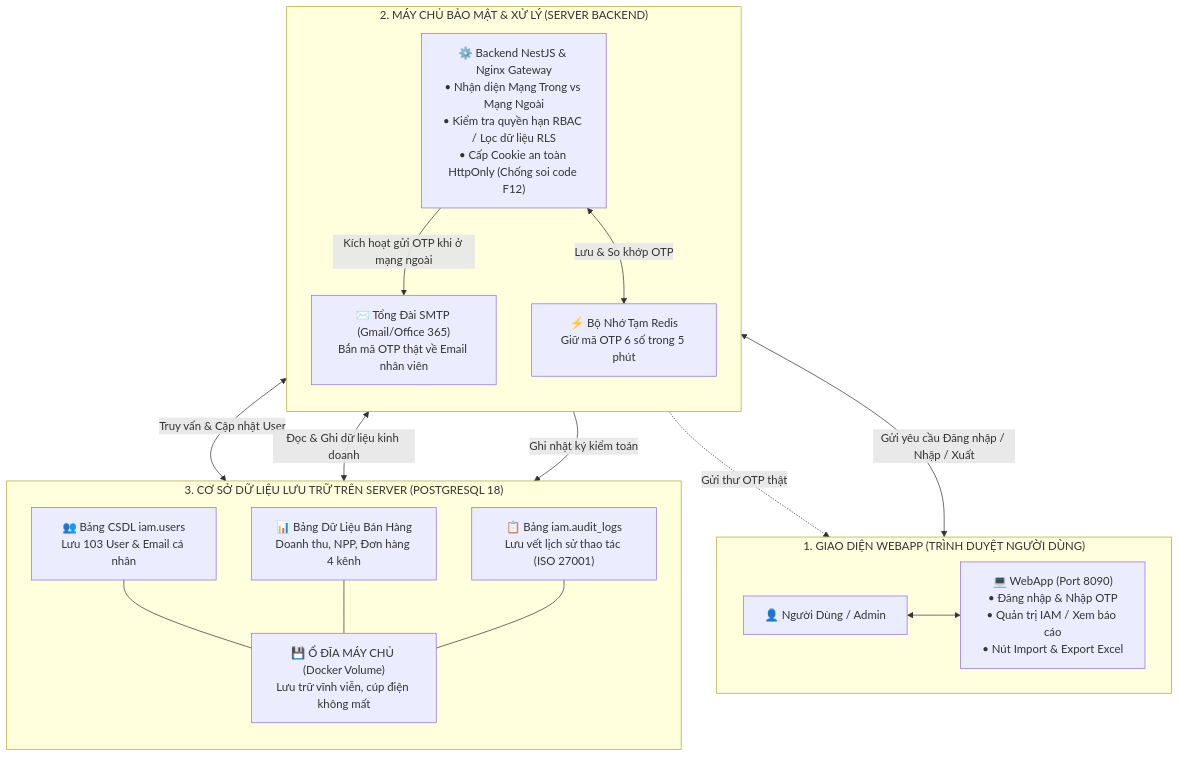
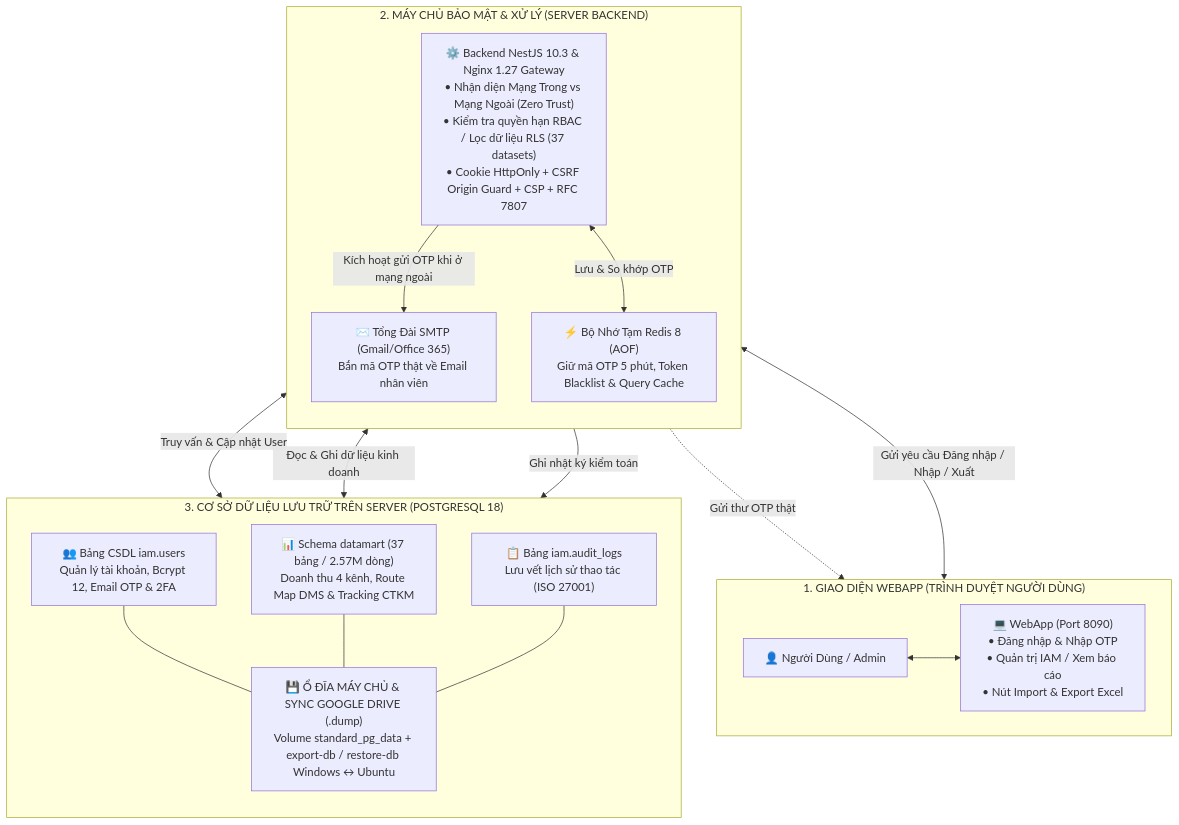
The second of 2 diagrams in docs/SECURITY_ARCHITECTURE.md (hailp1/BI_SNS), drawn with Mermaid before and after one commit. The commit also changed other lines of this file and 58 other files, not shown here.

````diff
--- a/docs/SECURITY_ARCHITECTURE.md
+++ b/docs/SECURITY_ARCHITECTURE.md
@@ -51,33 +51,33 @@
 ```mermaid
 flowchart TD
     subgraph KHOI1["1. GIAO DIỆN WEBAPP (TRÌNH DUYỆT NGƯỜI DÙNG)"]
         direction LR
         U["👤 Người Dùng / Admin"] <--> W["💻 WebApp (Port 8090)<br/>• Đăng nhập & Nhập OTP<br/>• Quản trị IAM / Xem báo cáo<br/>• Nút Import & Export Excel"]
     end
 
     subgraph KHOI2["2. MÁY CHỦ BẢO MẬT & XỬ LÝ (SERVER BACKEND)"]
         direction TB
-        B["⚙️ Backend NestJS & Nginx Gateway<br/>• Nhận diện Mạng Trong vs Mạng Ngoài<br/>• Kiểm tra quyền hạn RBAC / Lọc dữ liệu RLS<br/>• Cấp Cookie an toàn HttpOnly (Chống soi code F12)"]
+        B["⚙️ Backend NestJS 10.3 & Nginx 1.27 Gateway<br/>• Nhận diện Mạng Trong vs Mạng Ngoài (Zero Trust)<br/>• Kiểm tra quyền hạn RBAC / Lọc dữ liệu RLS (37 datasets)<br/>• Cookie HttpOnly + CSRF Origin Guard + CSP + RFC 7807"]
         M["✉️ Tổng Đài SMTP (Gmail/Office 365)<br/>Bắn mã OTP thật về Email nhân viên"]
-        R["⚡ Bộ Nhớ Tạm Redis<br/>Giữ mã OTP 6 số trong 5 phút"]
+        R["⚡ Bộ Nhớ Tạm Redis 8 (AOF)<br/>Giữ mã OTP 5 phút, Token Blacklist & Query Cache"]
     end
 
     subgraph KHOI3["3. CƠ SỞ DỮ LIỆU LƯU TRỮ TRÊN SERVER (POSTGRESQL 18)"]
         direction TB
-        DU["👥 Bảng CSDL iam.users<br/>Lưu 103 User & Email cá nhân"]
-        DD["📊 Bảng Dữ Liệu Bán Hàng<br/>Doanh thu, NPP, Đơn hàng 4 kênh"]
+        DU["👥 Bảng CSDL iam.users<br/>Quản lý tài khoản, Bcrypt 12, Email OTP & 2FA"]
+        DD["📊 Schema datamart (37 bảng / 2.57M dòng)<br/>Doanh thu 4 kênh, Route Map DMS & Tracking CTKM"]
         DL["📋 Bảng iam.audit_logs<br/>Lưu vết lịch sử thao tác (ISO 27001)"]
-        V["💾 Ổ ĐĨA MÁY CHỦ (Docker Volume)<br/>Lưu trữ vĩnh viễn, cúp điện không mất"]
+        V["💾 Ổ ĐĨA MÁY CHỦ & SYNC GOOGLE DRIVE (.dump)<br/>Volume standard_pg_data + export-db / restore-db Windows ↔ Ubuntu"]
     end
 
     W <-->|"Gửi yêu cầu Đăng nhập / Nhập / Xuất"| B
     B -->|"Kích hoạt gửi OTP khi ở mạng ngoài"| M
     B <-->|"Lưu & So khớp OTP"| R
     M -.->|"Gửi thư OTP thật"| U
 
     B <-->|"Truy vấn & Cập nhật User"| DU
     B <-->|"Đọc & Ghi dữ liệu kinh doanh"| DD
     B -->|"Ghi nhật ký kiểm toán"| DL
 
     DU & DD & DL --- V
 ```
````
